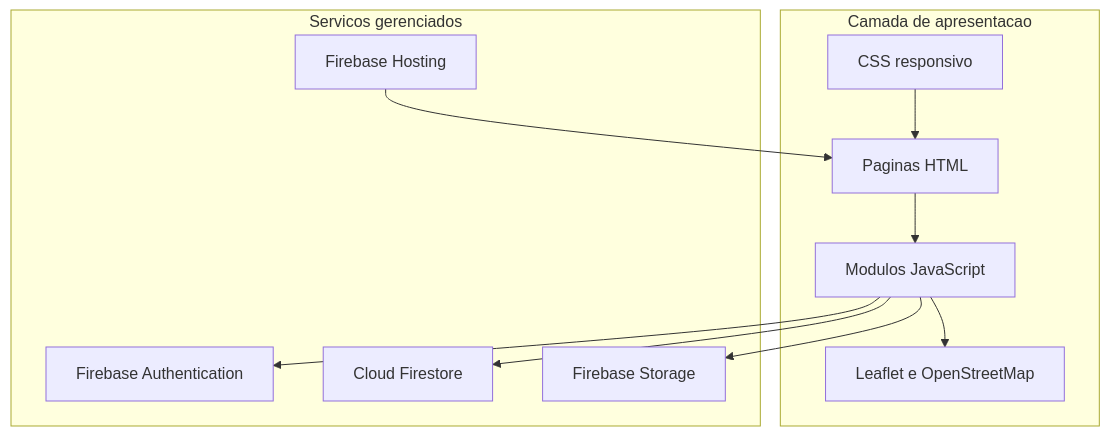
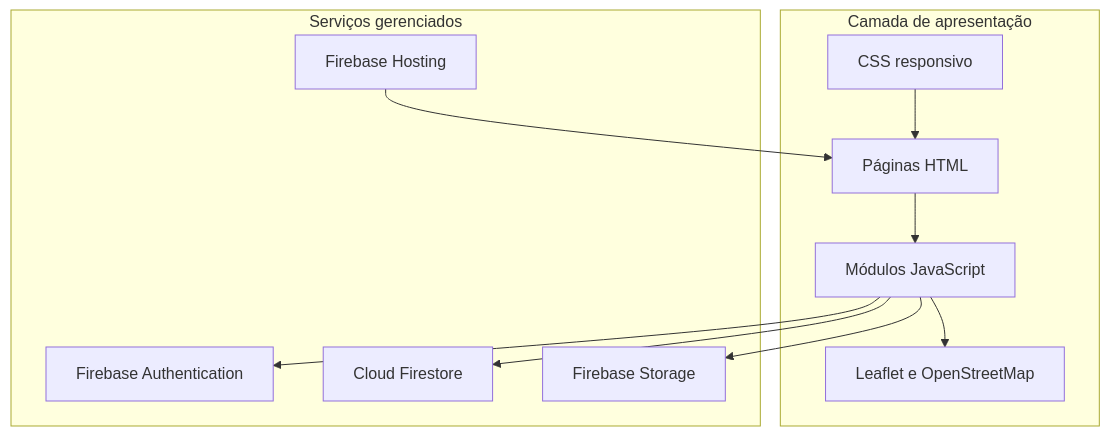
Diagram 12 of 16 in docs/modelagem-site.md (Reminsonrps/PetConecta), drawn with Mermaid before and after one commit. The commit also changed other lines of this file and 3 other files, not shown here.

````diff
--- a/docs/modelagem-site.md
+++ b/docs/modelagem-site.md
@@ -503,24 +503,24 @@
 ```mermaid
 flowchart TB
-    subgraph Apresentacao[Camada de apresentacao]
-        HTML[Paginas HTML]
+    subgraph Apresentacao[Camada de apresentação]
+        HTML[Páginas HTML]
         CSS[CSS responsivo]
-        JS[Modulos JavaScript]
+        JS[Módulos JavaScript]
         MAP[Leaflet e OpenStreetMap]
     end
 
-    subgraph Servicos[Servicos gerenciados]
+    subgraph Servicos[Serviços gerenciados]
         AUTH[Firebase Authentication]
         DB[Cloud Firestore]
         STORAGE[Firebase Storage]
         HOST[Firebase Hosting]
     end
 
     HTML --> JS
     CSS --> HTML
     JS --> AUTH
     JS --> DB
     JS --> STORAGE
     JS --> MAP
     HOST --> HTML
 ```
````
